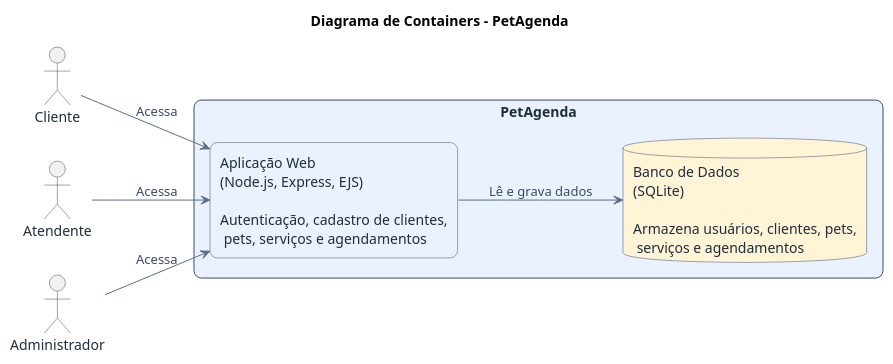
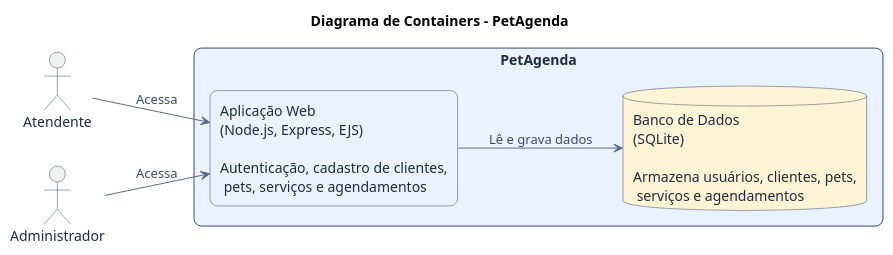
The diagram in diagrama_de_conteiner.puml (GabrielLengertGuedes/petagenda), drawn with PlantUML before and after one commit.

```diff
--- a/diagrama_de_conteiner.puml
+++ b/diagrama_de_conteiner.puml
@@ -1,50 +1,48 @@
 @startuml
 left to right direction
 skinparam backgroundColor white
 skinparam defaultFontName Arial
 skinparam shadowing false
 skinparam packageStyle rectangle
 
 skinparam rectangle {
   RoundCorner 15
   BorderColor #3B4A6B
   BackgroundColor #EAF2FF
   FontColor #1F2D3D
 }
 
 skinparam database {
   BorderColor #3B4A6B
   BackgroundColor #FFF4D6
   FontColor #1F2D3D
 }
 
 skinparam actor {
   BorderColor #3B4A6B
   FontColor #1F2D3D
 }
 
 skinparam arrow {
   Color #5A6B8A
   FontColor #3B4A6B
 }
 
 title Diagrama de Containers - PetAgenda
 
-actor "Cliente" as Cliente
 actor "Atendente" as Atendente
 actor "Administrador" as Admin
 
 rectangle "PetAgenda" as Sistema {
 
   rectangle "Aplicação Web\n(Node.js, Express, EJS)\n\nAutenticação, cadastro de clientes,\n pets, serviços e agendamentos" as WebApp
 
   database "Banco de Dados\n(SQLite)\n\nArmazena usuários, clientes, pets,\n serviços e agendamentos" as DB
 }
 
-Cliente --> WebApp : Acessa
 Atendente --> WebApp : Acessa
 Admin --> WebApp : Acessa
 
 WebApp --> DB : Lê e grava dados
 
 @enduml
```
